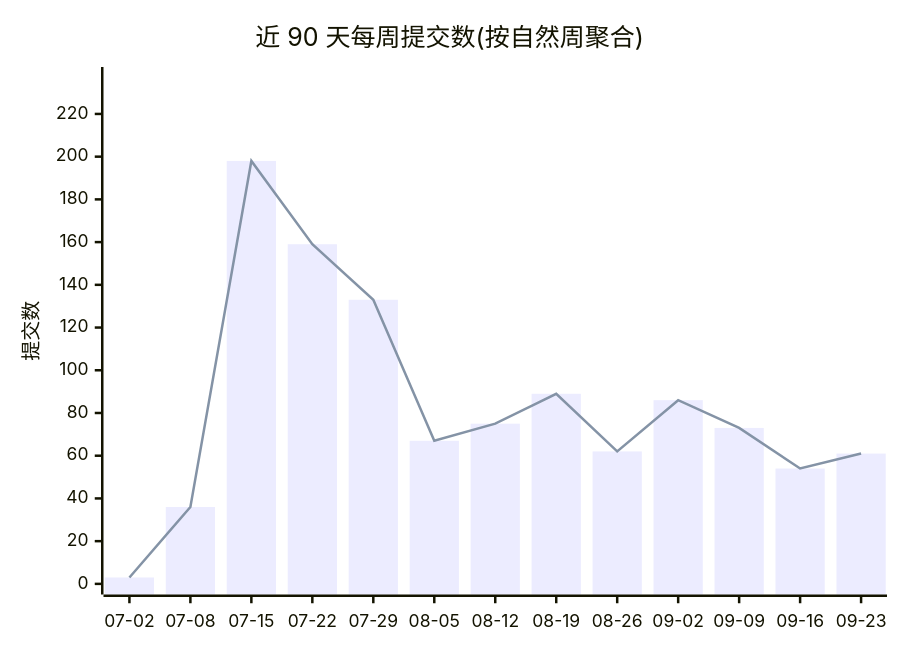
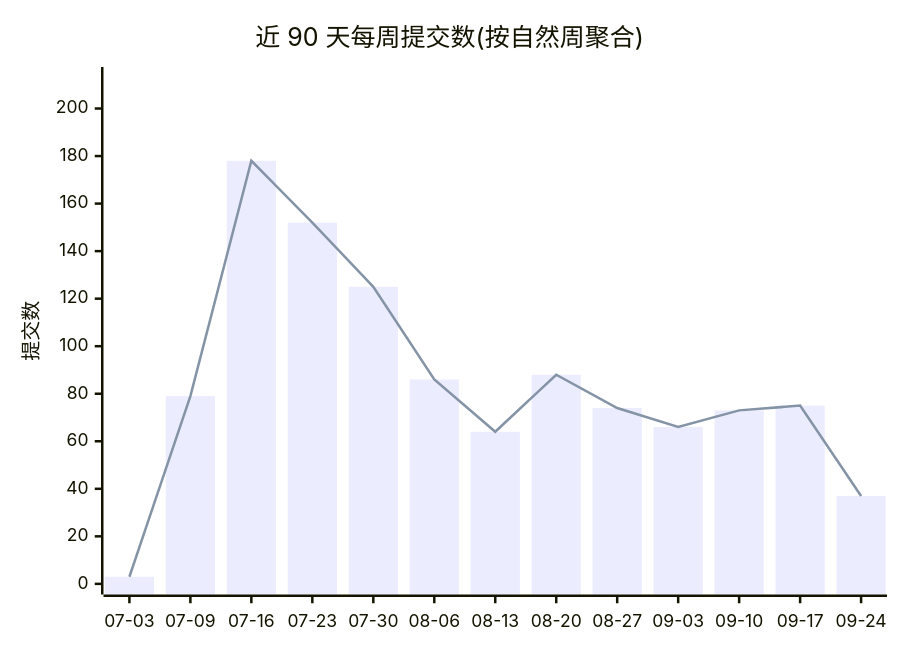
One commit to Conflux-Union/.github changed the first of 2 diagrams in profile/README.md. Above: the diagram before and after it, drawn with Mermaid. The commit also changed other lines of this file and 1 other file, not shown here.

````diff
--- a/profile/README.md
+++ b/profile/README.md
@@ -44,8 +44,8 @@
 ```mermaid
 xychart-beta
     title "近 90 天每周提交数(按自然周聚合)"
-    x-axis ["07-02", "07-08", "07-15", "07-22", "07-29", "08-05", "08-12", "08-19", "08-26", "09-02", "09-09", "09-16", "09-23"]
-    y-axis "提交数" 0 --> 237
-    bar [3, 36, 198, 159, 133, 67, 75, 89, 62, 86, 73, 54, 61]
-    line [3, 36, 198, 159, 133, 67, 75, 89, 62, 86, 73, 54, 61]
+    x-axis ["07-03", "07-09", "07-16", "07-23", "07-30", "08-06", "08-13", "08-20", "08-27", "09-03", "09-10", "09-17", "09-24"]
+    y-axis "提交数" 0 --> 213
+    bar [3, 79, 178, 152, 125, 86, 64, 88, 74, 66, 73, 75, 37]
+    line [3, 79, 178, 152, 125, 86, 64, 88, 74, 66, 73, 75, 37]
 ```
````
